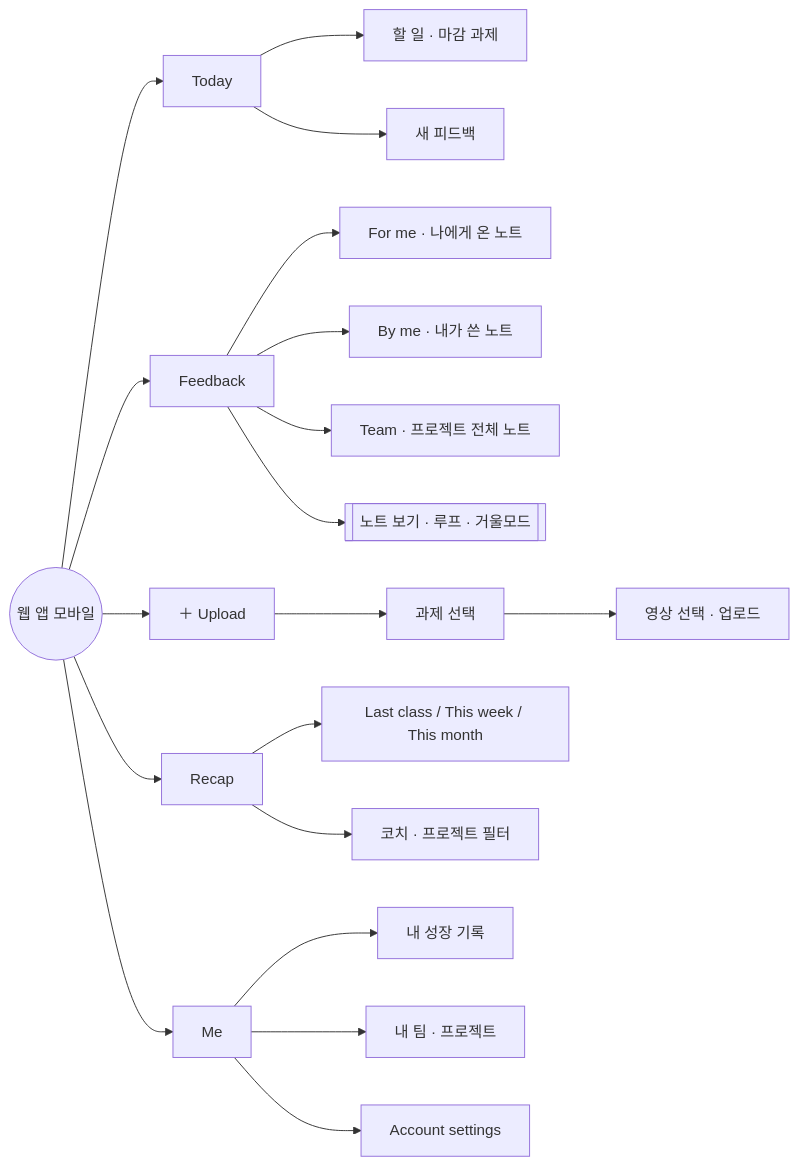
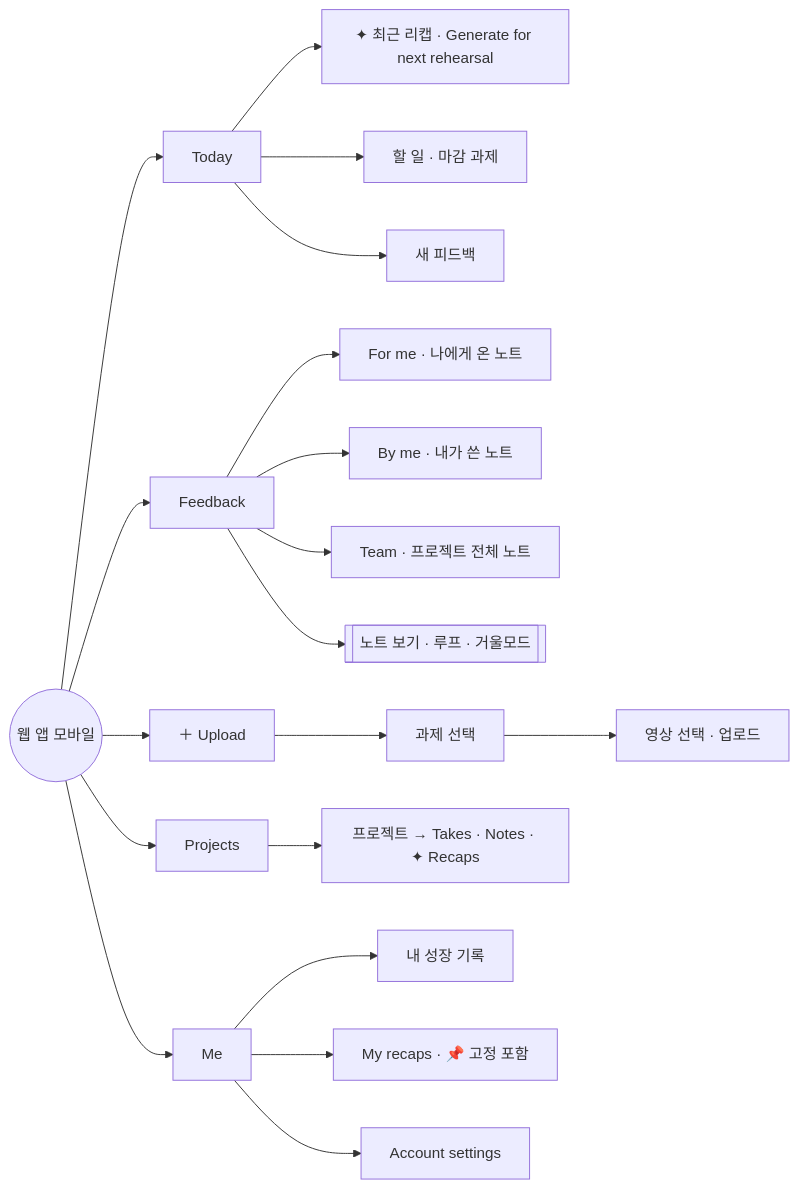
Before and after one commit to hope13710/dancerly: the fourth of 4 diagrams in docs/01-menu-structure.md, drawn with Mermaid. The commit also changed other lines of this file and 10 other files, not shown here.

First line of the commit message:
Recaps live in projects, save themselves, and can be pinned

````diff
--- a/docs/01-menu-structure.md
+++ b/docs/01-menu-structure.md
@@ -207,22 +211,22 @@
 ```mermaid
 flowchart LR
   DA((웹 앱 모바일)) --> T[Today]
   DA --> FB[Feedback]
   DA --> UP[＋ Upload]
-  DA --> RC[Recap]
+  DA --> PJ[Projects]
   DA --> ME[Me]
 
+  T --> T0[✦ 최근 리캡 · Generate for next rehearsal]
   T --> T1[할 일 · 마감 과제]
   T --> T2[새 피드백]
   FB --> F1[For me · 나에게 온 노트]
   FB --> F2[By me · 내가 쓴 노트]
   FB --> F3[Team · 프로젝트 전체 노트]
   FB --> PV[[노트 보기 · 루프 · 거울모드]]
   UP --> U1[과제 선택]
   U1 --> U2[영상 선택 · 업로드]
-  RC --> R1[Last class / This week / This month]
-  RC --> R2[코치 · 프로젝트 필터]
+  PJ --> P1m[프로젝트 → Takes · Notes · ✦ Recaps]
   ME --> M1[내 성장 기록]
-  ME --> M2[내 팀 · 프로젝트]
+  ME --> M2[My recaps · 📌 고정 포함]
   ME --> M3[Account settings]
 ```
````
